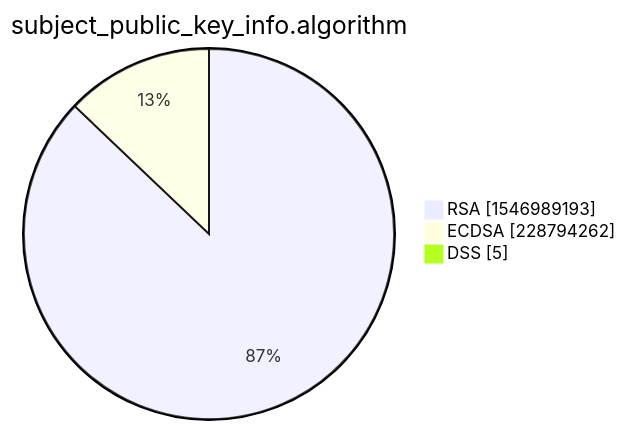
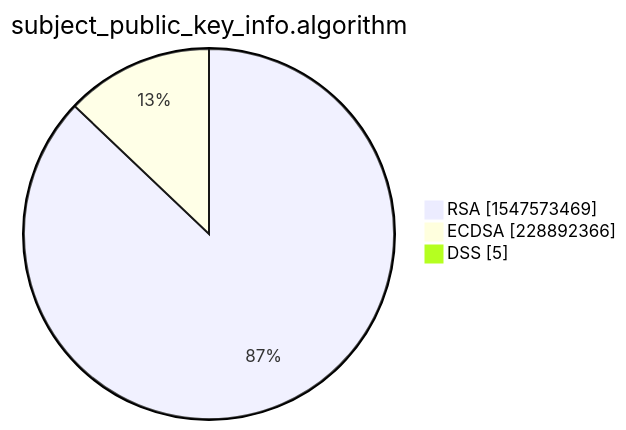
One commit to christiankrug/ctmonitor_visualization changed the third of 15 diagrams in xenon2022/README.md. Above: the diagram before and after it, drawn with Mermaid. The commit also changed other lines of this file, not shown here.

````diff
--- a/xenon2022/README.md
+++ b/xenon2022/README.md
@@ -14,7 +14,7 @@
 ```mermaid
 pie showData
 title subject_public_key_info.algorithm
-"RSA" :1546989193
-"ECDSA" :228794262
+"RSA" :1547573469
+"ECDSA" :228892366
 "DSS" :5
 ```
````
